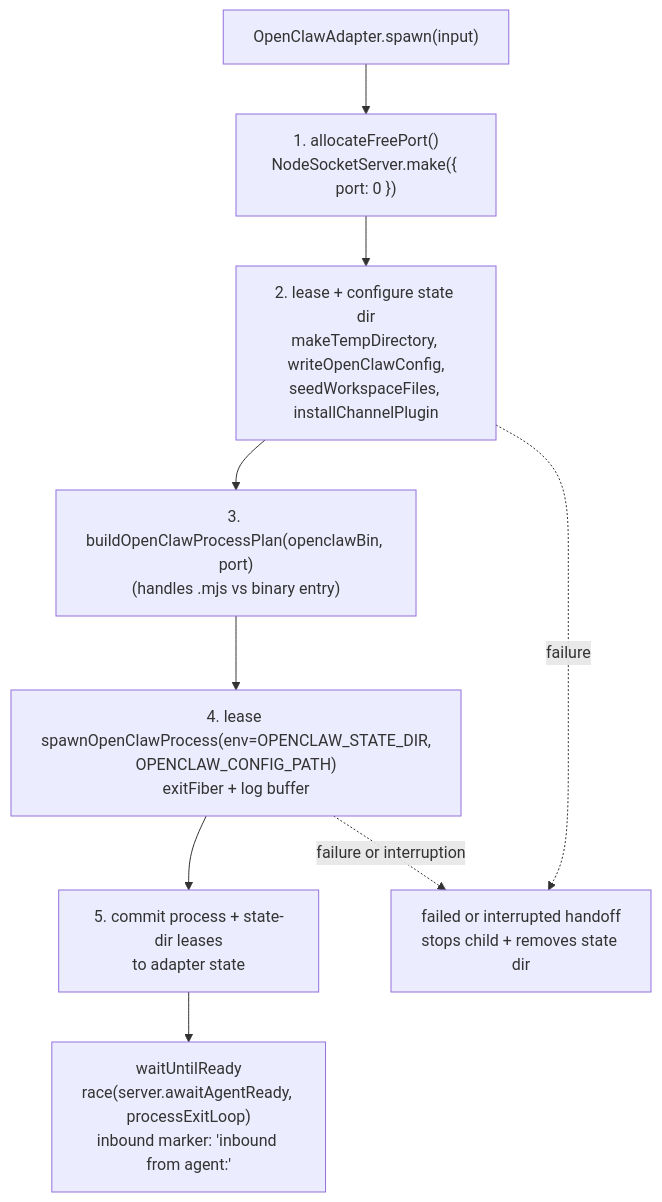
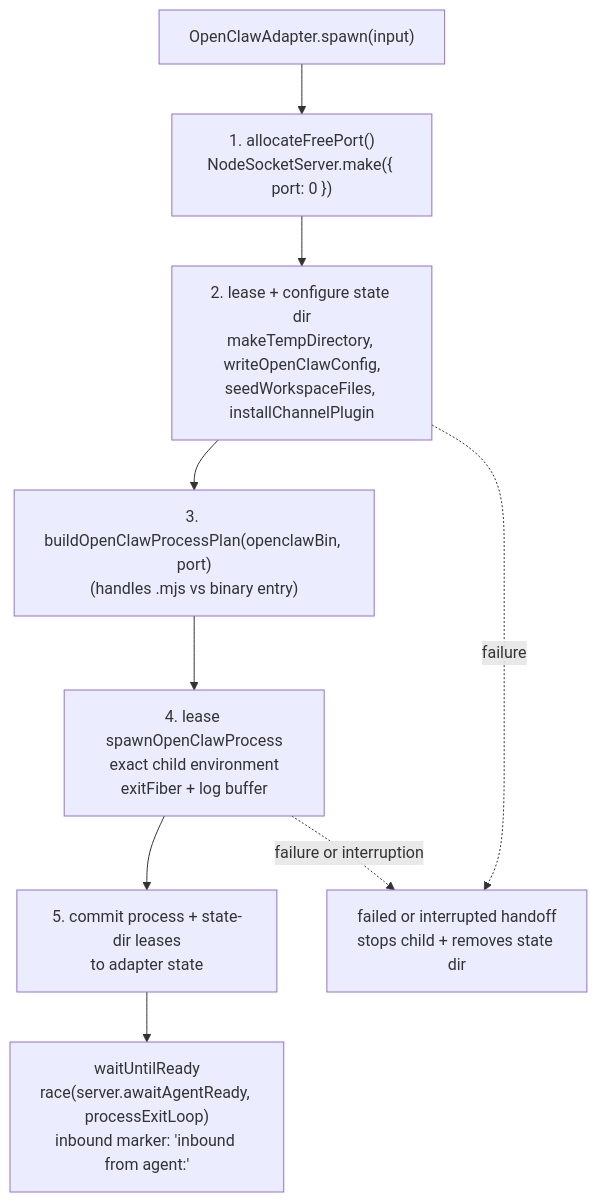
One commit to chughtapan/moltzap changed the fifth of 6 diagrams in docs/modules/testbed/src.mdx. Above: the diagram before and after it, drawn with Mermaid. The commit also changed other lines of this file and 25 other files, not shown here.

````diff
--- a/docs/modules/testbed/src.mdx
+++ b/docs/modules/testbed/src.mdx
@@ -352,14 +354,14 @@
 ```mermaid
 flowchart TD
   OCS["OpenClawAdapter.spawn(input)"]
   OC1["1. allocateFreePort()<br>NodeSocketServer.make({ port: 0 })"]
   OC2["2. lease + configure state dir<br>makeTempDirectory, writeOpenClawConfig,<br>seedWorkspaceFiles, installChannelPlugin"]
   OC3["3. buildOpenClawProcessPlan(openclawBin, port)<br>(handles .mjs vs binary entry)"]
-  OC4["4. lease spawnOpenClawProcess(env=OPENCLAW_STATE_DIR,<br>OPENCLAW_CONFIG_PATH)<br>exitFiber + log buffer"]
+  OC4["4. lease spawnOpenClawProcess<br>exact child environment<br>exitFiber + log buffer"]
   OC5["5. commit process + state-dir leases<br>to adapter state"]
   OCF["failed or interrupted handoff<br>stops child + removes state dir"]
   OCR["waitUntilReady<br>race(server.awaitAgentReady, processExitLoop)<br>inbound marker: 'inbound from agent:'"]
   OCS --> OC1 --> OC2 --> OC3 --> OC4 --> OC5 --> OCR
   OC2 -.->|failure| OCF
   OC4 -.->|failure or interruption| OCF
 ```
````
